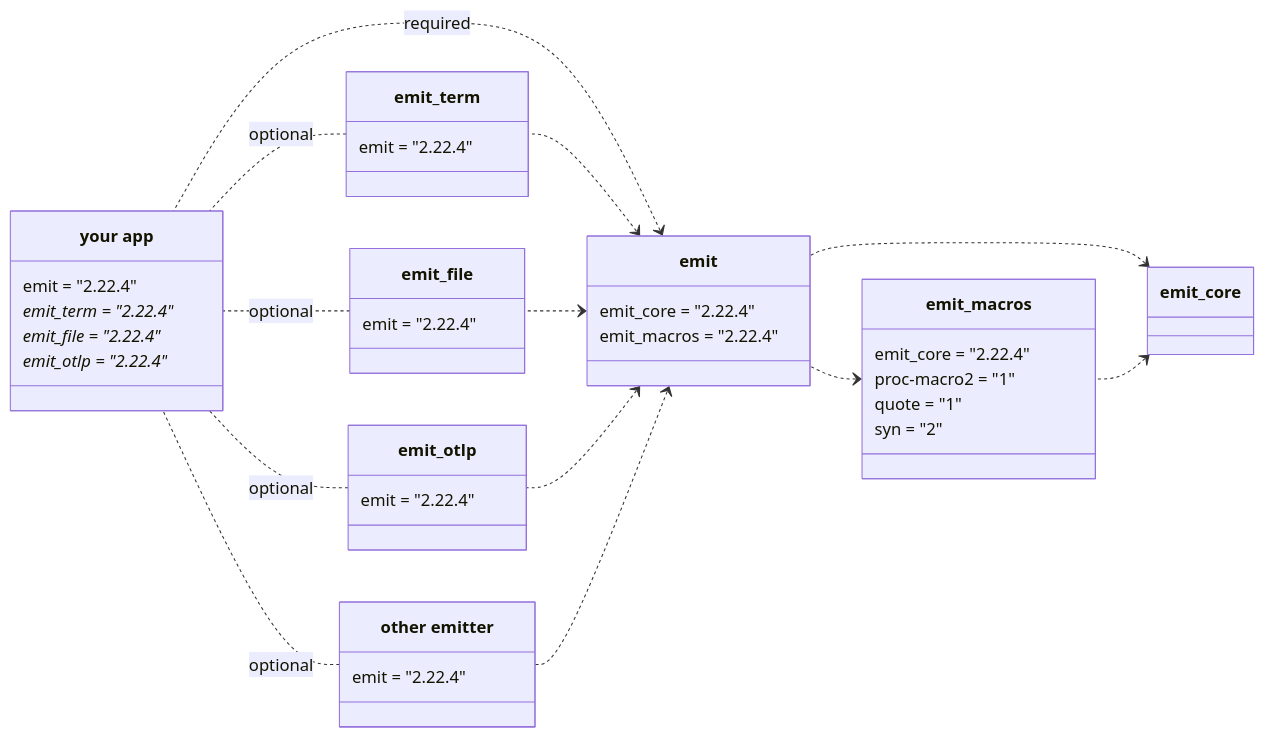
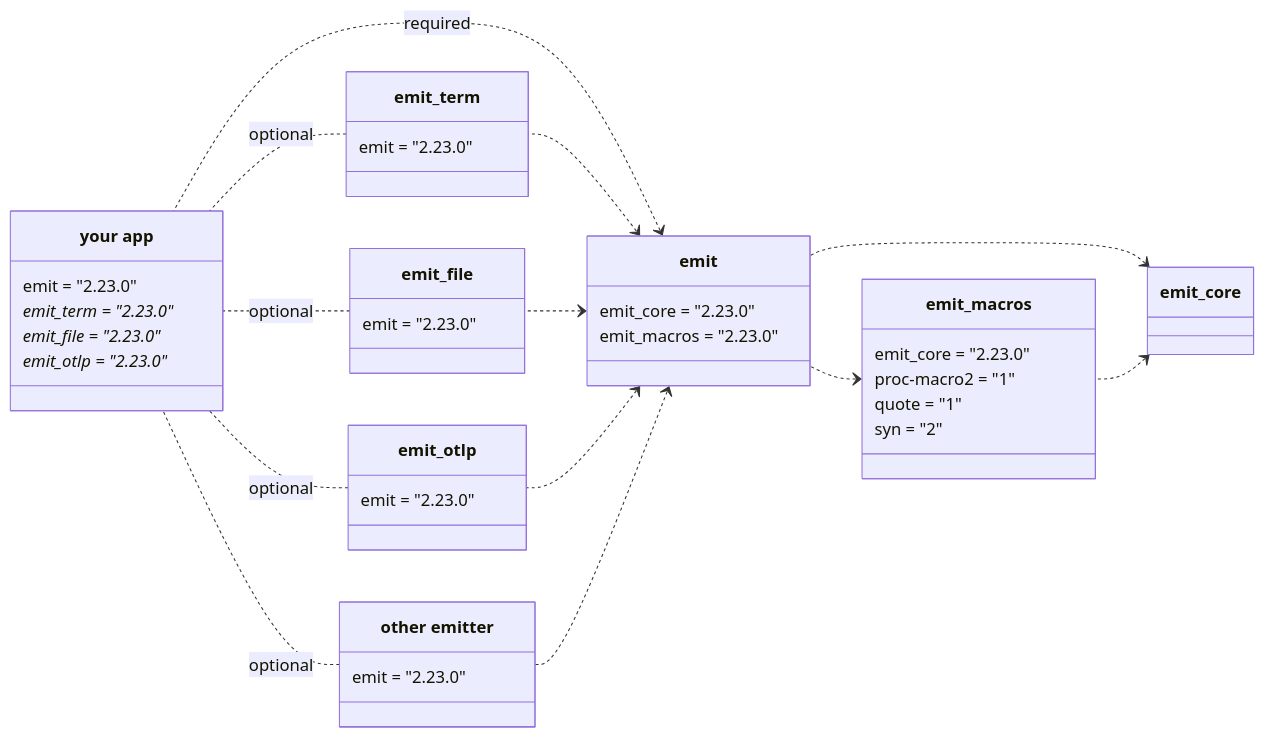
The first of 5 diagrams in book/src/reference/architecture.md (emit-rs/emit), drawn with Mermaid before and after one commit. The commit also changed other lines of this file and 75 other files, not shown here.

````diff
--- a/book/src/reference/architecture.md
+++ b/book/src/reference/architecture.md
@@ -9,62 +9,62 @@
 ```mermaid
 classDiagram
     direction RL
     
     emit_core <.. emit_macros
     emit_core <.. emit
     emit_macros <.. emit
 
     class emit_macros {
-        emit_core = "2.22.4"
+        emit_core = "2.23.0"
         proc-macro2 = "1"
         quote = "1"
         syn = "2"
     }
 
     emit <.. emit_term
     emit <.. emit_file
     emit <.. emit_otlp
     emit <.. emit_custom
 
     emit <.. app : required
 
     class emit {
-        emit_core = "2.22.4"
-        emit_macros = "2.22.4"
+        emit_core = "2.23.0"
+        emit_macros = "2.23.0"
     }
 
     emit_term .. app : optional
     emit_file .. app : optional
     emit_otlp .. app : optional
     emit_custom .. app : optional
 
     class emit_term {
-        emit = "2.22.4"
+        emit = "2.23.0"
     }
 
     class emit_file {
-        emit = "2.22.4"
+        emit = "2.23.0"
     }
 
     class emit_otlp {
-        emit = "2.22.4"
+        emit = "2.23.0"
     }
 
     class emit_custom["other emitter"] {
-        emit = "2.22.4"
+        emit = "2.23.0"
     }
 
     class app["your app"] {
-        emit = "2.22.4"
-        emit_term = "2.22.4"*
-        emit_file = "2.22.4"*
-        emit_otlp = "2.22.4"*
+        emit = "2.23.0"
+        emit_term = "2.23.0"*
+        emit_file = "2.23.0"*
+        emit_otlp = "2.23.0"*
     }
 
-    click emit_core href "https://docs.rs/emit_core/1.22.4/emit_core/index.html"
-    click emit_macros href "https://docs.rs/emit_macros/2.22.4/emit_macros/index.html"
-    click emit href "https://docs.rs/emit/2.22.4/emit/index.html"
-    click emit_term href "https://docs.rs/emit_term/2.22.4/emit_term/index.html"
-    click emit_file href "https://docs.rs/emit_file/2.22.4/emit_file/index.html"
-    click emit_otlp href "https://docs.rs/emit_otlp/2.22.4/emit_otlp/index.html"
+    click emit_core href "https://docs.rs/emit_core/1.23.0/emit_core/index.html"
+    click emit_macros href "https://docs.rs/emit_macros/2.23.0/emit_macros/index.html"
+    click emit href "https://docs.rs/emit/2.23.0/emit/index.html"
+    click emit_term href "https://docs.rs/emit_term/2.23.0/emit_term/index.html"
+    click emit_file href "https://docs.rs/emit_file/2.23.0/emit_file/index.html"
+    click emit_otlp href "https://docs.rs/emit_otlp/2.23.0/emit_otlp/index.html"
 ```
````
